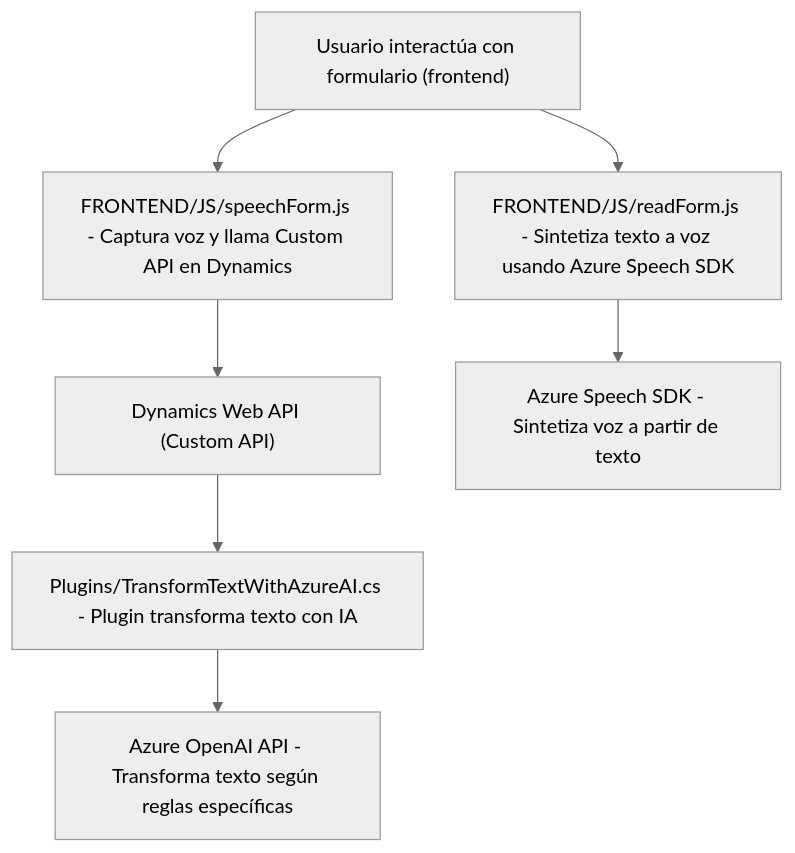
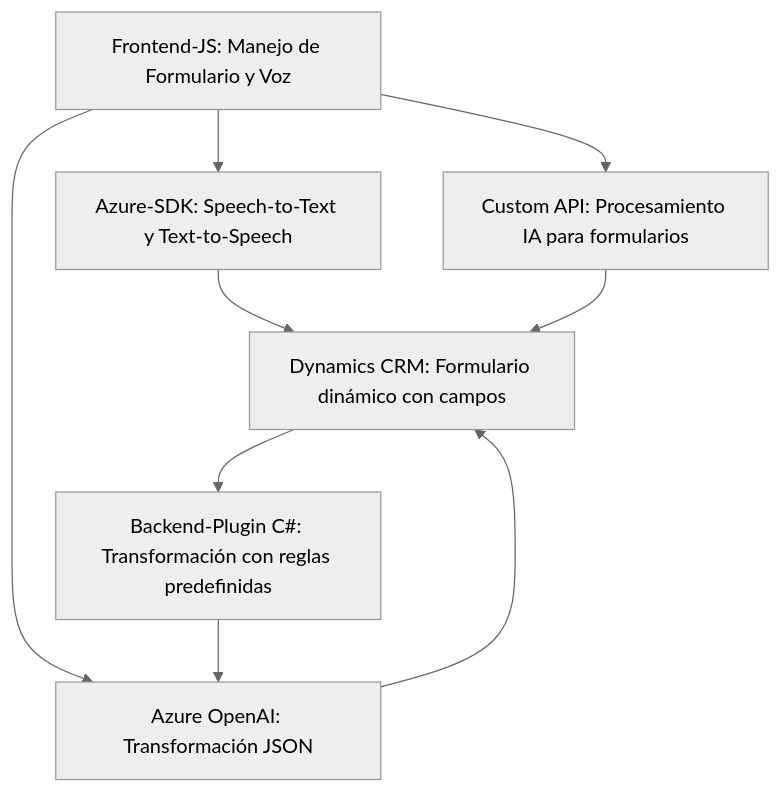
The diagram in README.md (blopezdm/NETCORE_BILBAO2025), drawn with Mermaid (neutral theme) before and after one commit. The commit also changed other lines of this file, not shown here.

Commit message:
Actualizar análisis global de la solución con IA

````diff
--- a/README.md
+++ b/README.md
@@ -55,9 +48,18 @@
 ```mermaid
 graph TD
-    A["Usuario interactúa con formulario (frontend)"] --> B["FRONTEND/JS/readForm.js - Sintetiza texto a voz usando Azure Speech SDK"]
-    A --> C["FRONTEND/JS/speechForm.js - Captura voz y llama Custom API en Dynamics"]
-    C --> D["Dynamics Web API (Custom API)"]
-    D --> E["Plugins/TransformTextWithAzureAI.cs - Plugin transforma texto con IA"]
-    E --> F["Azure OpenAI API - Transforma texto según reglas específicas"]
-    B --> G["Azure Speech SDK - Sintetiza voz a partir de texto"]
+    A["Frontend-JS: Manejo de Formulario y Voz"]
+    B["Azure-SDK: Speech-to-Text y Text-to-Speech"]
+    C["Azure OpenAI: Transformación JSON"]
+    D["Backend-Plugin C#: Transformación con reglas predefinidas"]
+    E["Dynamics CRM: Formulario dinámico con campos"]
+    F["Custom API: Procesamiento IA para formularios"]
+
+    A --> B
+    A --> F
+    B --> E
+    F --> E
+    A --> C
+    D --> C
+    E --> D
+    C --> E
 ```
````
